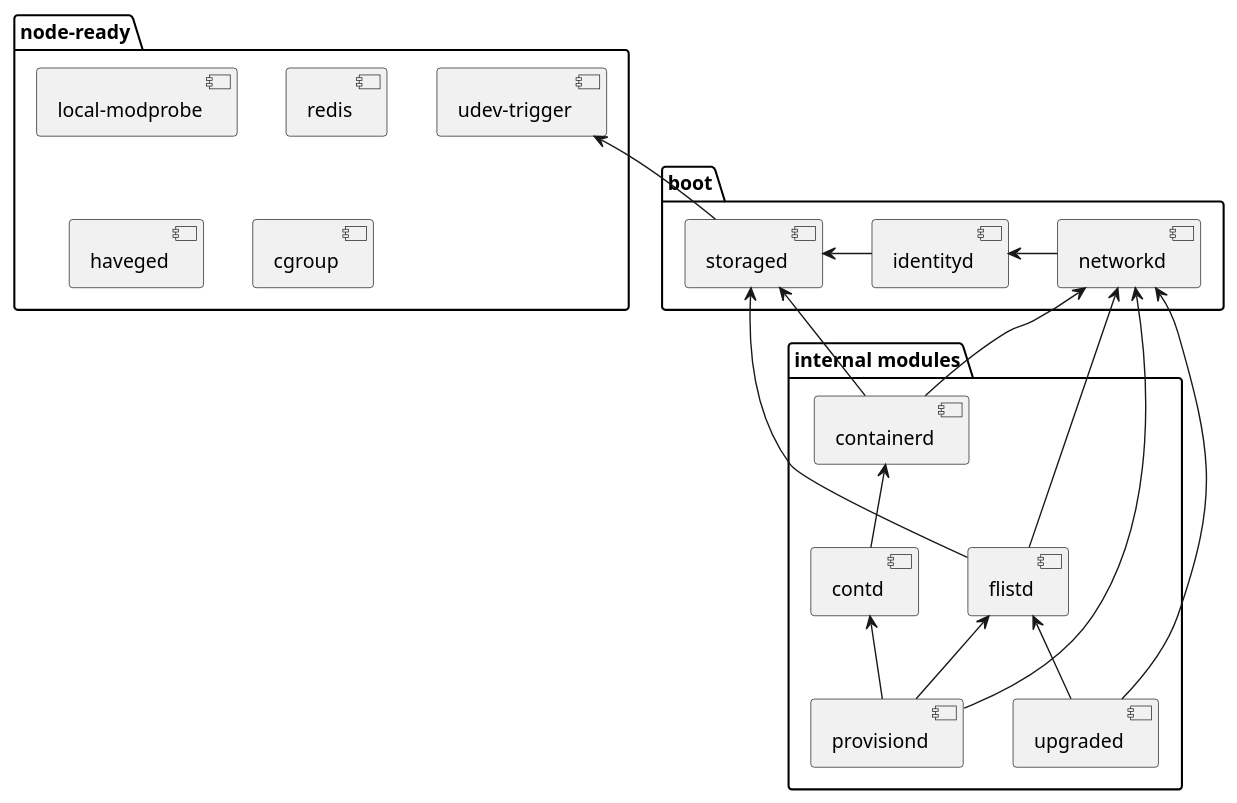
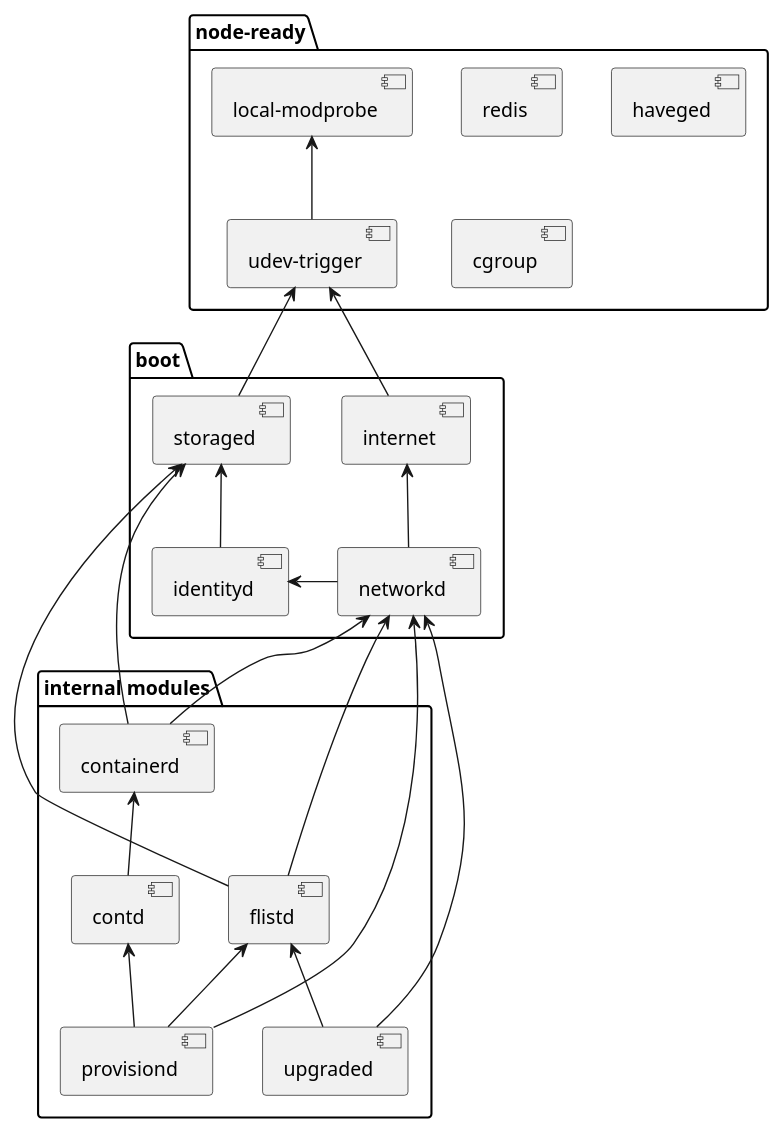
One commit to threefoldtech/zos changed the diagram in assets/boot_sequence.plantuml. Above: the diagram before and after it, drawn with PlantUML. The commit also changed 27 other files, not shown here.

```diff
--- a/assets/boot_sequence.plantuml
+++ b/assets/boot_sequence.plantuml
@@ -1,47 +1,50 @@
 @startuml
 
 package "node-ready"{
     [local-modprobe]
     [udev-trigger]
     [redis]
     [haveged]
     [cgroup]
     [redis]
 }
 
 package "boot" {
     [storaged]
+    [internet]
     [networkd]
     [identityd]
 }
 
 package "internal modules"{
     [flistd]
     [containerd]
     [contd]
     [upgraded]
     [provisiond]
 }
 
-
+[local-modprobe]<-- [udev-trigger]
 [udev-trigger] <-- [storaged]
-[storaged] <- [identityd]
+[udev-trigger] <-- [internet]
+[storaged] <-- [identityd]
 
 [identityd] <- [networkd]
 
+[internet] <-- [networkd]
 [networkd] <-- [containerd]
 [storaged] <-- [containerd]
 
 [containerd] <-- [contd]
 
 [storaged] <-- [flistd]
 [networkd] <-- [flistd]
 
 [flistd] <-- [upgraded]
 [networkd] <-- [upgraded]
 
 [networkd] <-- [provisiond]
 [flistd] <-- [provisiond]
 [contd] <-- [provisiond]
 
 @enduml
```
